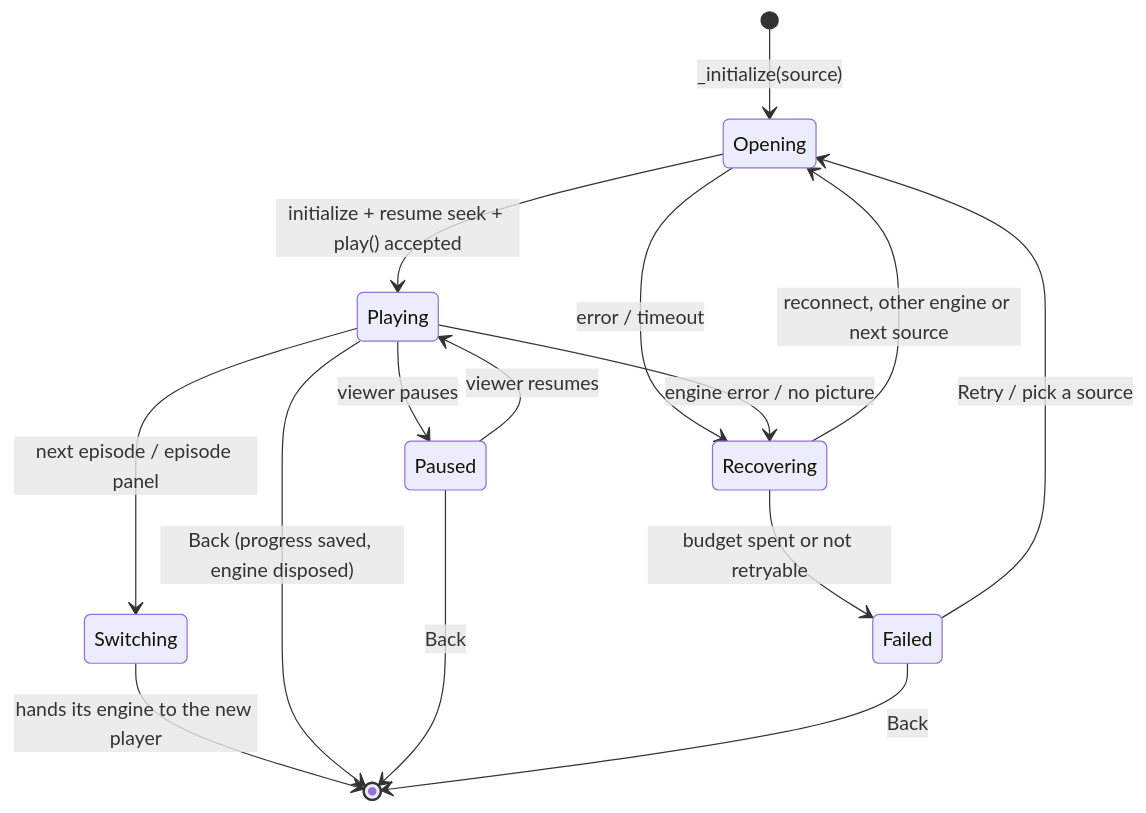
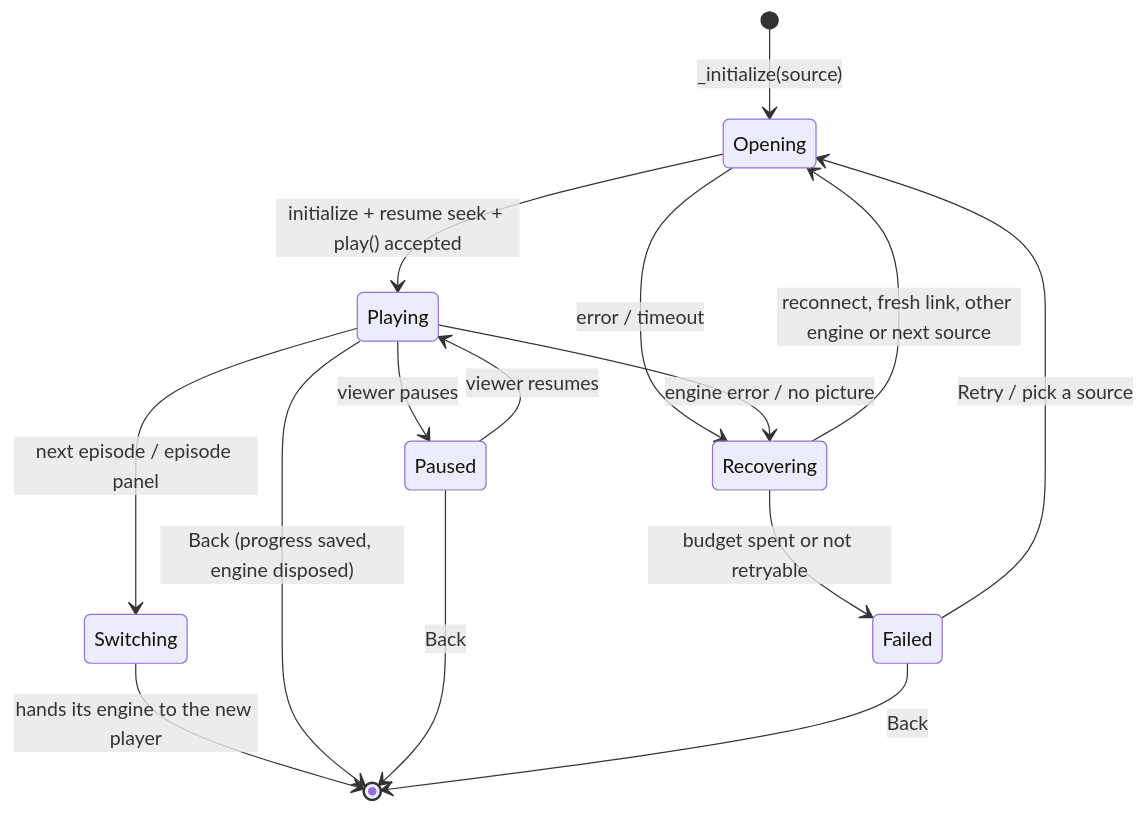
Before and after one commit to frnzeeey/reelish: the diagram in docs/playback/playback-lifecycle.md, drawn with Mermaid. The commit also changed 12 other files, not shown here.

````diff
--- a/docs/playback/playback-lifecycle.md
+++ b/docs/playback/playback-lifecycle.md
@@ -12,17 +12,17 @@
 ```mermaid
 stateDiagram-v2
   [*] --> Opening: _initialize(source)
   Opening --> Playing: initialize + resume seek + play() accepted
   Opening --> Recovering: error / timeout
   Playing --> Paused: viewer pauses
   Paused --> Playing: viewer resumes
   Playing --> Recovering: engine error / no picture
-  Recovering --> Opening: reconnect, other engine or next source
+  Recovering --> Opening: reconnect, fresh link, other engine or next source
   Recovering --> Failed: budget spent or not retryable
   Failed --> Opening: Retry / pick a source
   Playing --> Switching: next episode / episode panel
   Switching --> [*]: hands its engine to the new player
   Playing --> [*]: Back (progress saved, engine disposed)
   Paused --> [*]: Back
   Failed --> [*]: Back
 ```
````
